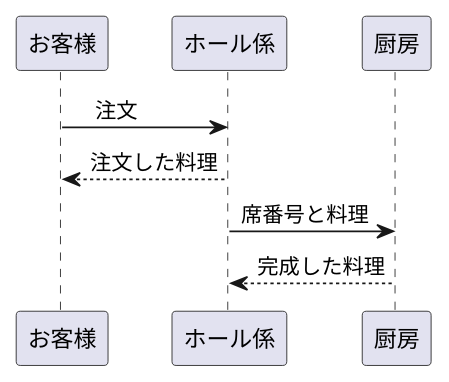
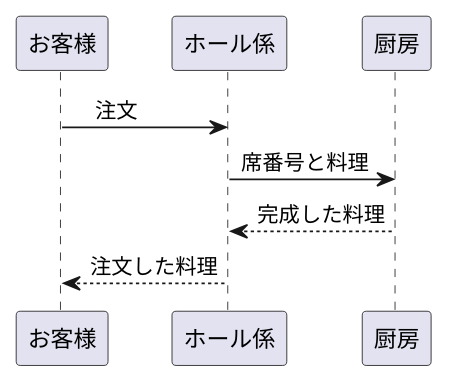
One commit to aso2001153/2021sys-design changed the diagram in ho-ru.md. Above: the diagram before and after it, drawn with PlantUML. The commit also changed other lines of this file, not shown here.

````diff
--- a/ho-ru.md
+++ b/ho-ru.md
@@ -1,8 +1,8 @@
 ```uml
 @startuml
 お客様->ホール係:　注文
-ホール係-->お客様: 注文した料理
 ホール係->厨房: 席番号と料理
 厨房-->ホール係: 完成した料理
+ホール係-->お客様: 注文した料理
 @enduml
 ```
````
